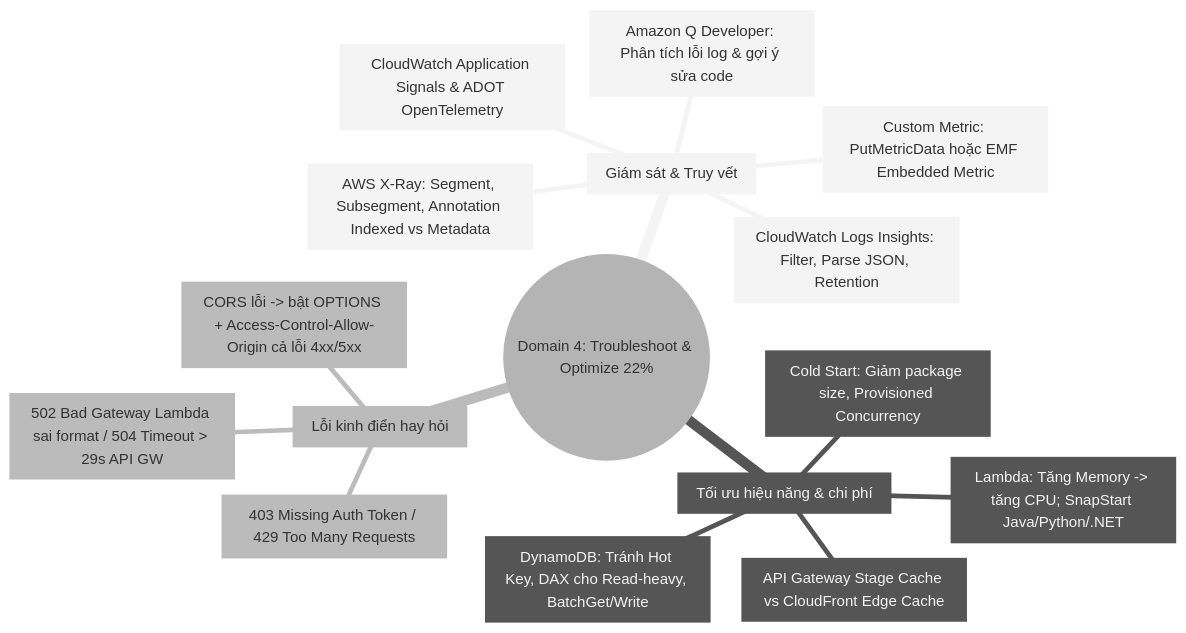
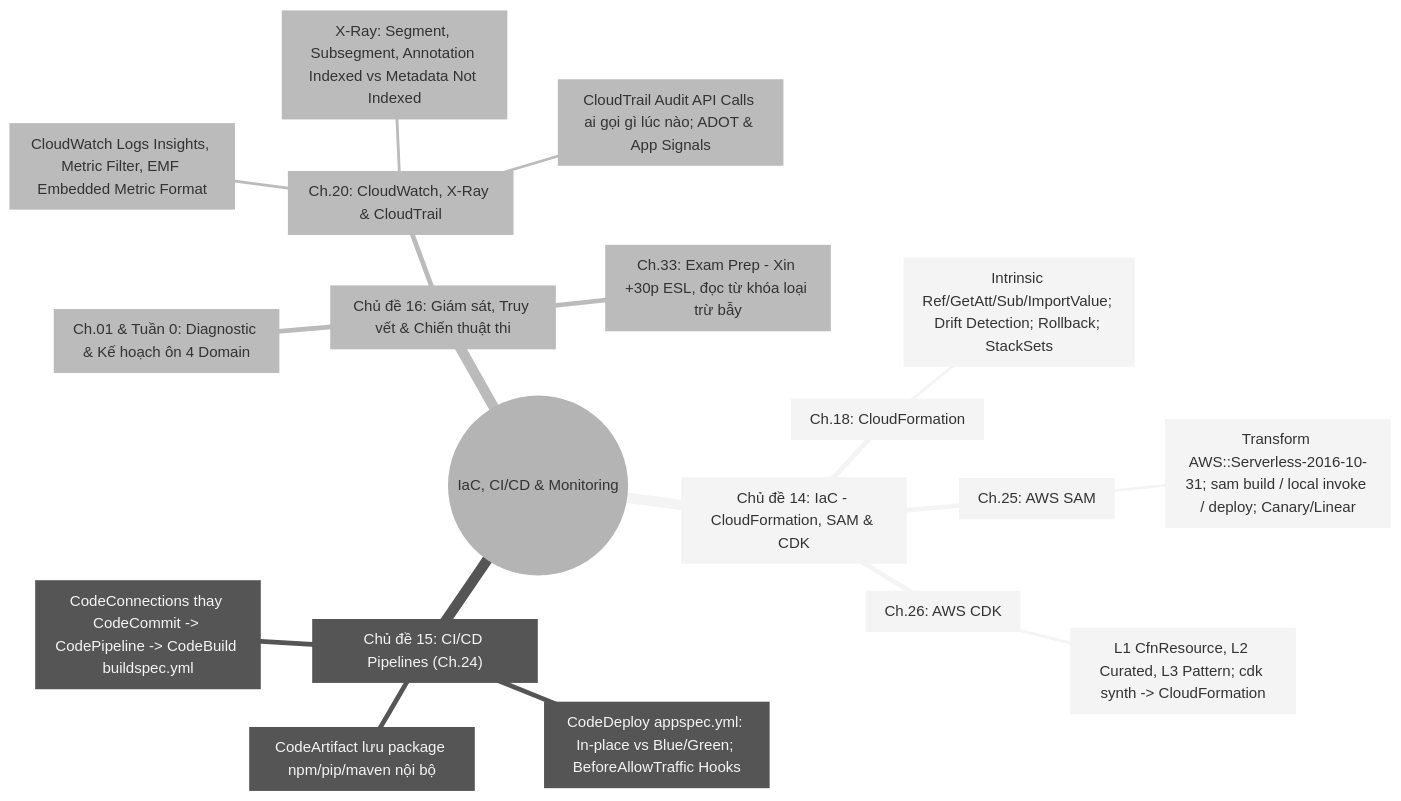
The seventh of 7 diagrams in docs/dva-c03-mindmap.md (Hideyoshi942/Viewer), drawn with Mermaid (neutral theme) before and after one commit. The commit also changed other lines of this file, not shown here.

Commit message:
docs(dva-c03): update mindmap by 16 topics and 38 lessons

````diff
--- a/docs/dva-c03-mindmap.md
+++ b/docs/dva-c03-mindmap.md
@@ -162,19 +165,22 @@
 ```mermaid
 mindmap
-  root((Domain 4: Troubleshoot & Optimize 22%))
-    Observability["Giám sát & Truy vết"]
-      CWLogs["CloudWatch Logs Insights: Filter, Parse JSON, Retention"]
-      CWMetrics["Custom Metric: PutMetricData hoặc EMF Embedded Metric"]
-      XRay["AWS X-Ray: Segment, Subsegment, Annotation Indexed vs Metadata"]
-      AppSignals["CloudWatch Application Signals & ADOT OpenTelemetry"]
-      QDebug["Amazon Q Developer: Phân tích lỗi log & gợi ý sửa code"]
-    Optimization["Tối ưu hiệu năng & chi phí"]
-      LambdaTune["Lambda: Tăng Memory -> tăng CPU; SnapStart Java/Python/.NET"]
-      ColdStart["Cold Start: Giảm package size, Provisioned Concurrency"]
-      DynamoTune["DynamoDB: Tránh Hot Key, DAX cho Read-heavy, BatchGet/Write"]
-      Cache["API Gateway Stage Cache vs CloudFront Edge Cache"]
-    CommonErrors["Lỗi kinh điển hay hỏi"]
-      Err4xx["403 Missing Auth Token / 429 Too Many Requests"]
-      Err5xx["502 Bad Gateway Lambda sai format / 504 Timeout > 29s API GW"]
-      CorsErr["CORS lỗi -> bật OPTIONS + Access-Control-Allow-Origin cả lỗi 4xx/5xx"]
+  root((IaC, CI/CD & Monitoring))
+    T14["Chủ đề 14: IaC - CloudFormation, SAM & CDK"]
+      L18["Ch.18: CloudFormation"]
+        K18["Intrinsic Ref/GetAtt/Sub/ImportValue; Drift Detection; Rollback; StackSets"]
+      L25["Ch.25: AWS SAM"]
+        K25["Transform AWS::Serverless-2016-10-31; sam build / local invoke / deploy; Canary/Linear"]
+      L26["Ch.26: AWS CDK"]
+        K26["L1 CfnResource, L2 Curated, L3 Pattern; cdk synth -> CloudFormation"]
+    T15["Chủ đề 15: CI/CD Pipelines (Ch.24)"]
+      K15a["CodeConnections thay CodeCommit -> CodePipeline -> CodeBuild buildspec.yml"]
+      K15b["CodeDeploy appspec.yml: In-place vs Blue/Green; BeforeAllowTraffic Hooks"]
+      K15c["CodeArtifact lưu package npm/pip/maven nội bộ"]
+    T16["Chủ đề 16: Giám sát, Truy vết & Chiến thuật thi"]
+      L1["Ch.01 & Tuần 0: Diagnostic & Kế hoạch ôn 4 Domain"]
+      L20["Ch.20: CloudWatch, X-Ray & CloudTrail"]
+        K20a["CloudWatch Logs Insights, Metric Filter, EMF Embedded Metric Format"]
+        K20b["X-Ray: Segment, Subsegment, Annotation Indexed vs Metadata Not Indexed"]
+        K20c["CloudTrail Audit API Calls ai gọi gì lúc nào; ADOT & App Signals"]
+      L33["Ch.33: Exam Prep - Xin +30p ESL, đọc từ khóa loại trừ bẫy"]
 ```
````
